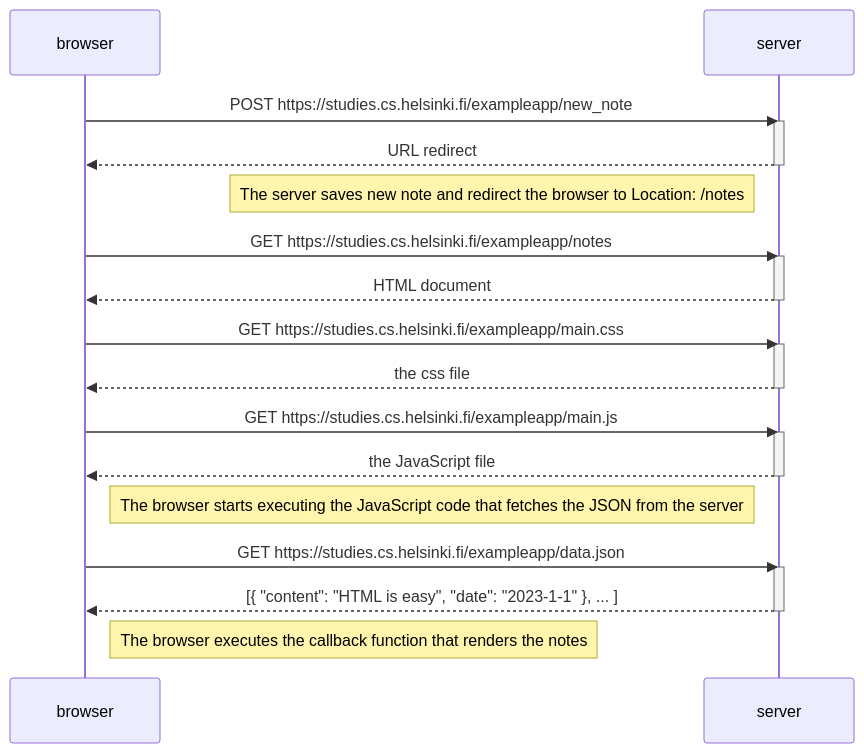
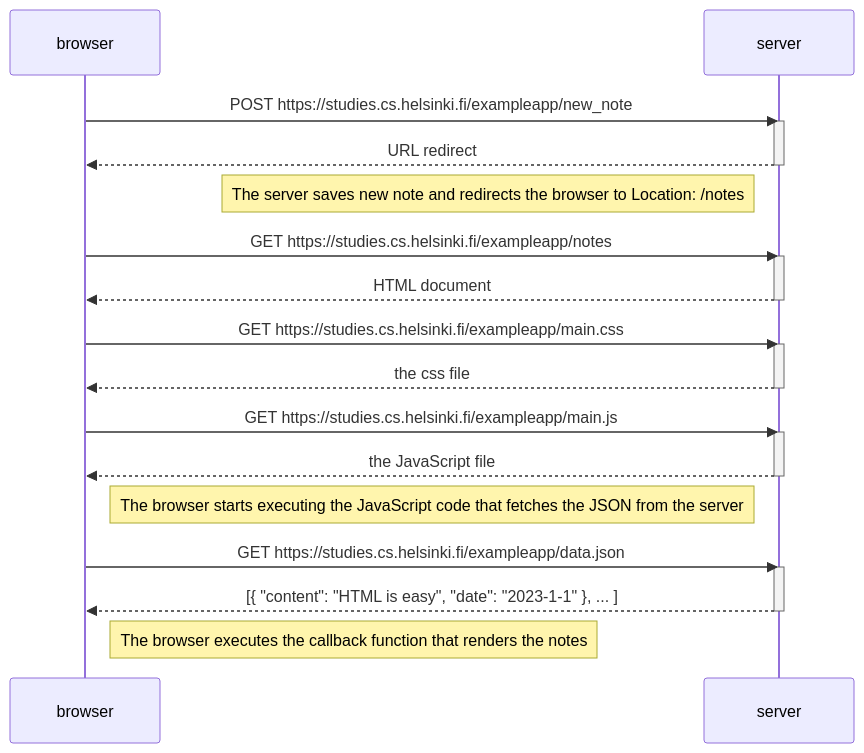
One commit to nghivo94/fullstack-helsinki-mooc-part0 changed the diagram in 0.4-new-note-diagram.md. Above: the diagram before and after it, drawn with Mermaid.

````diff
--- a/0.4-new-note-diagram.md
+++ b/0.4-new-note-diagram.md
@@ -1,36 +1,36 @@
 ```mermaid
 sequenceDiagram
     participant browser
     participant server
     
     browser->>server: POST https://studies.cs.helsinki.fi/exampleapp/new_note
     activate server
     server-->>browser: URL redirect
     deactivate server
     
-    Note left of server: The server saves new note and redirect the browser to Location: /notes
+    Note left of server: The server saves new note and redirects the browser to Location: /notes
 
     browser->>server: GET https://studies.cs.helsinki.fi/exampleapp/notes
     activate server
     server-->>browser: HTML document
     deactivate server
 
     browser->>server: GET https://studies.cs.helsinki.fi/exampleapp/main.css
     activate server
     server-->>browser: the css file
     deactivate server
 
     browser->>server: GET https://studies.cs.helsinki.fi/exampleapp/main.js
     activate server
     server-->>browser: the JavaScript file
     deactivate server
 
     Note right of browser: The browser starts executing the JavaScript code that fetches the JSON from the server
 
     browser->>server: GET https://studies.cs.helsinki.fi/exampleapp/data.json
     activate server
     server-->>browser: [{ "content": "HTML is easy", "date": "2023-1-1" }, ... ]
     deactivate server
 
     Note right of browser: The browser executes the callback function that renders the notes
 ```
````
